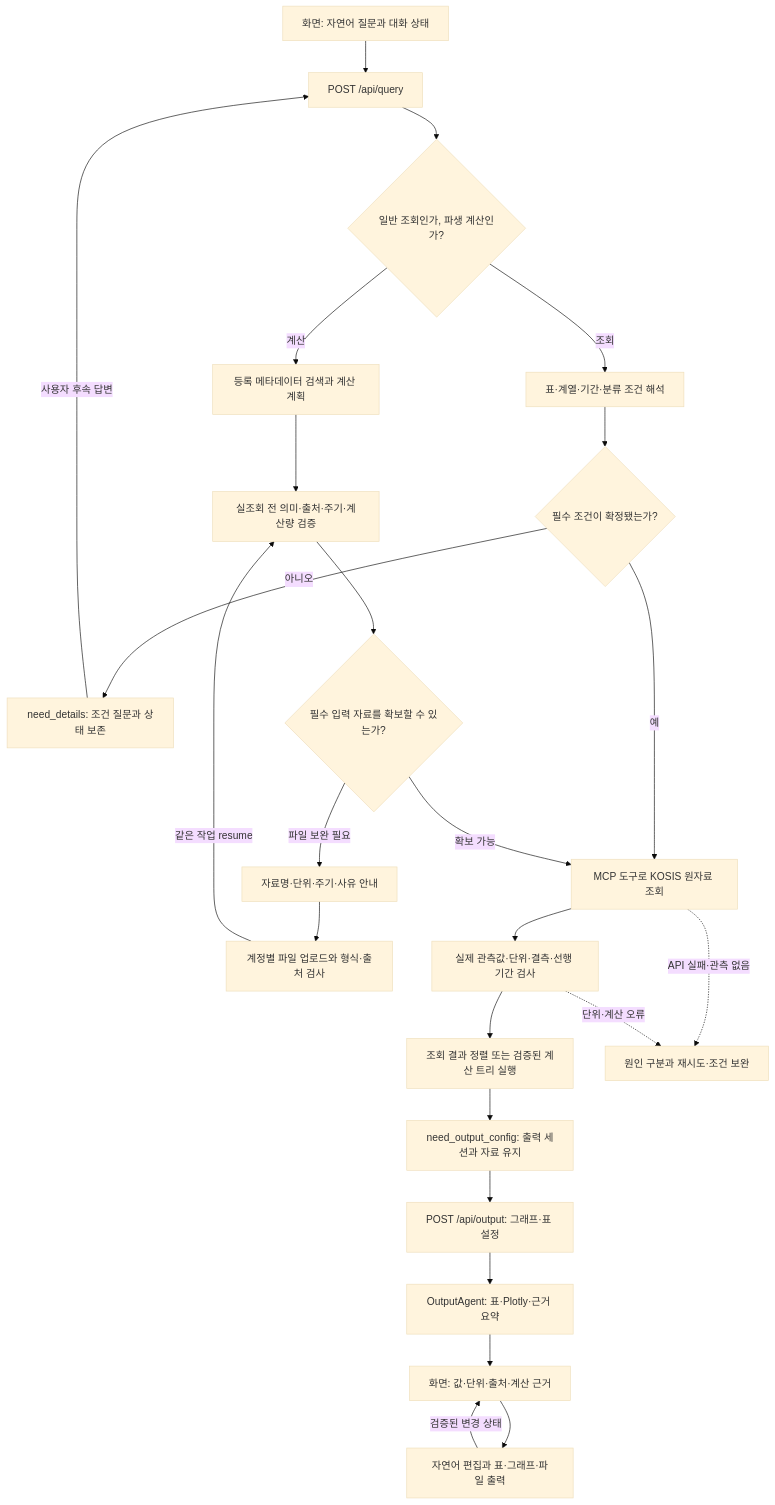
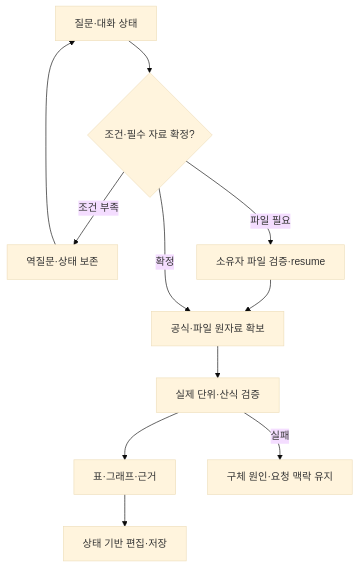
One commit to Engineer3rd-Class-Kimmin/StatBridge-local1 changed the third of 3 diagrams in README.md. Above: the diagram before and after it, drawn with Mermaid (base theme). The commit also changed other lines of this file and 1 other file, not shown here.

Commit message:
docs: explain project flow and verification evidence (ai-assisted)

````diff
--- a/README.md
+++ b/README.md
@@ -17,27 +67,9 @@
 ```mermaid
-flowchart TD
-    A["화면: 자연어 질문과 대화 상태"] --> B["POST /api/query"]
-    B --> C{"일반 조회인가, 파생 계산인가?"}
-    C -->|조회| D["표·계열·기간·분류 조건 해석"]
-    D --> E{"필수 조건이 확정됐는가?"}
-    E -->|아니오| F["need_details: 조건 질문과 상태 보존"]
-    F -->|사용자 후속 답변| B
-    E -->|예| G["MCP 도구로 KOSIS 원자료 조회"]
-    C -->|계산| H["등록 메타데이터 검색과 계산 계획"]
-    H --> I["실조회 전 의미·출처·주기·계산량 검증"]
-    I --> J{"필수 입력 자료를 확보할 수 있는가?"}
-    J -->|파일 보완 필요| K["자료명·단위·주기·사유 안내"]
-    K --> L["계정별 파일 업로드와 형식·출처 검사"]
-    L -->|같은 작업 resume| I
-    J -->|확보 가능| G
-    G --> M["실제 관측값·단위·결측·선행 기간 검사"]
-    M --> N["조회 결과 정렬 또는 검증된 계산 트리 실행"]
-    N --> O["need_output_config: 출력 세션과 자료 유지"]
-    O --> P["POST /api/output: 그래프·표 설정"]
-    P --> Q["OutputAgent: 표·Plotly·근거 요약"]
-    Q --> R["화면: 값·단위·출처·계산 근거"]
-    R --> S["자연어 편집과 표·그래프·파일 출력"]
-    S -->|검증된 변경 상태| R
-    G -. API 실패·관측 없음 .-> T["원인 구분과 재시도·조건 보완"]
-    M -. 단위·계산 오류 .-> T
+flowchart TB
+ A["질문·대화 상태"] --> B{"조건·필수 자료 확정?"}
+ B -->|조건 부족| Q["역질문·상태 보존"] --> A
+ B -->|파일 필요| F["소유자 파일 검증·resume"] --> C
+ B -->|확정| C["공식·파일 원자료 확보"] --> D["실제 단위·산식 검증"] --> E["표·그래프·근거"]
+ D -->|실패| X["구체 원인·요청 맥락 유지"]
+ E --> G["상태 기반 편집·저장"]
 ```
````
